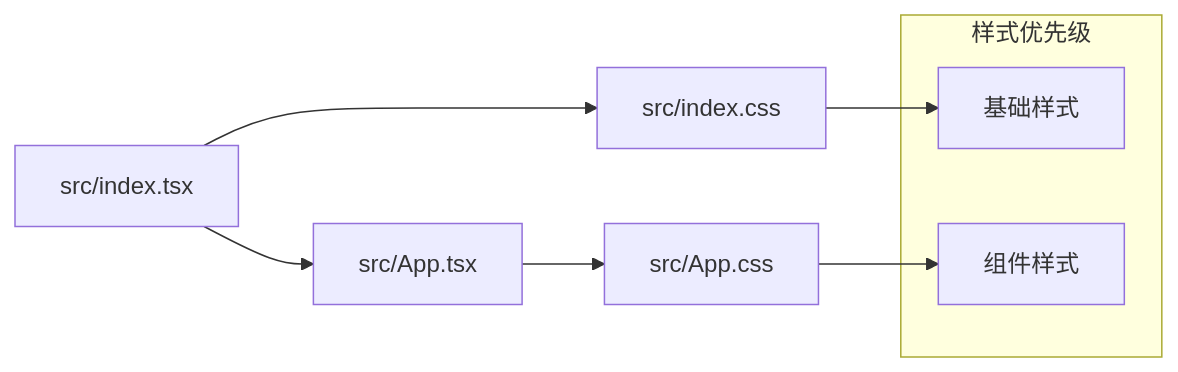
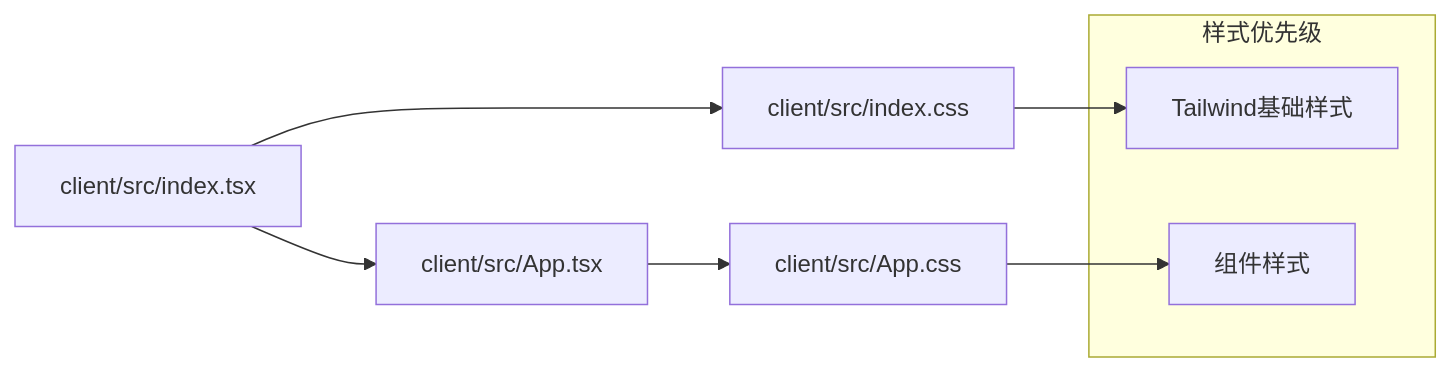
One commit to kkxxll/reactNext changed the seventh of 9 diagrams in .qoder/repowiki/zh/content/核心组件/应用入口点.md. Above: the diagram before and after it, drawn with Mermaid. The commit also changed other lines of this file and 12 other files, not shown here.

````diff
--- a/.qoder/repowiki/zh/content/核心组件/应用入口点.md
+++ b/.qoder/repowiki/zh/content/核心组件/应用入口点.md
@@ -245,12 +261,12 @@
 ```mermaid
 graph LR
-IndexTSX[src/index.tsx] --> IndexCSS[src/index.css]
-IndexTSX --> AppTSX[src/App.tsx]
-AppTSX --> AppCSS[src/App.css]
-IndexCSS --> BodyStyles[基础样式]
+IndexTSX[client/src/index.tsx] --> IndexCSS[client/src/index.css]
+IndexTSX --> AppTSX[client/src/App.tsx]
+AppTSX --> AppCSS[client/src/App.css]
+IndexCSS --> TailwindStyles[Tailwind基础样式]
 AppCSS --> ComponentStyles[组件样式]
 subgraph "样式优先级"
-BodyStyles
+TailwindStyles
 ComponentStyles
 end
 ```
````
